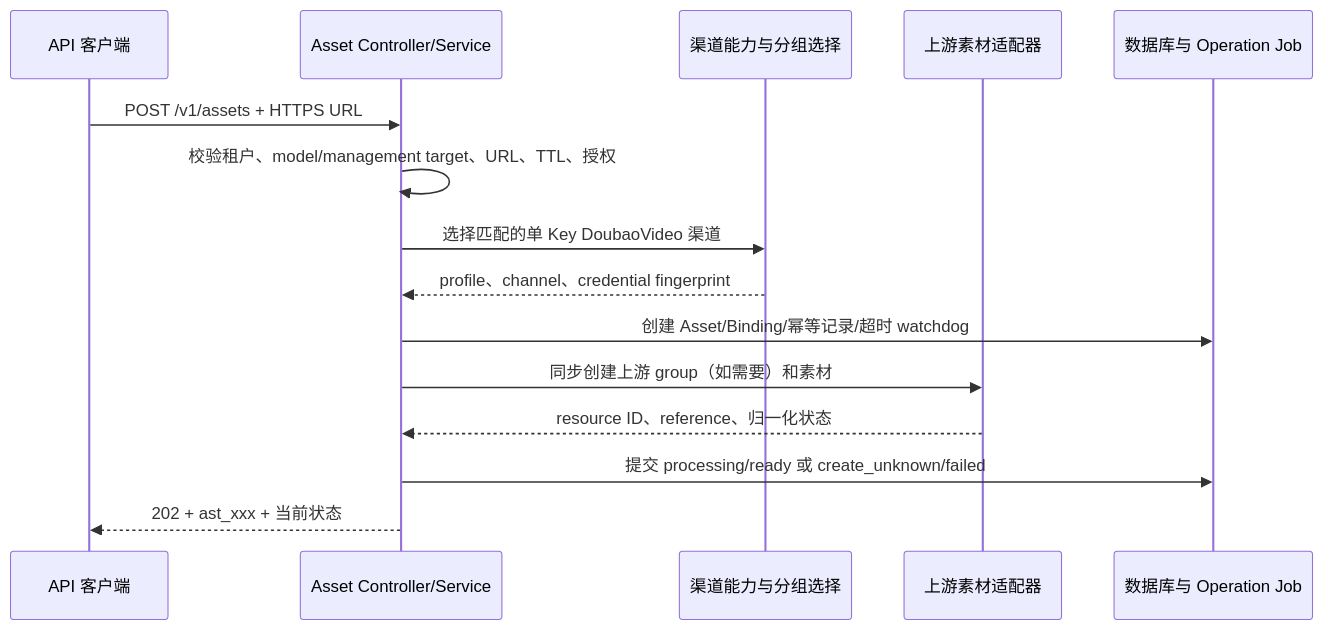
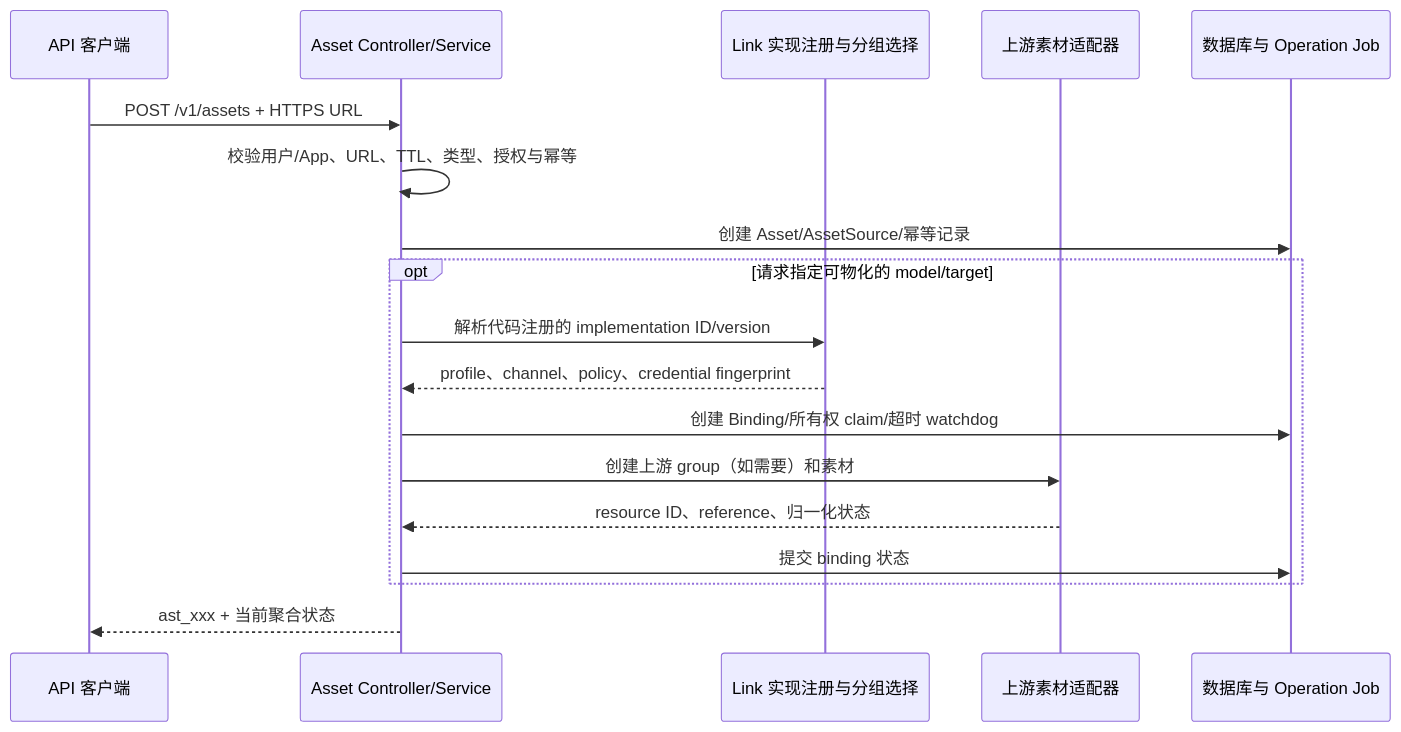
Before and after one commit to wuqiang44444444/new-api: the second of 2 diagrams in docs/20-architecture/素材代理与真人授权架构.md, drawn with Mermaid. The commit also changed other lines of this file and 84 other files, not shown here.

````diff
--- a/docs/20-architecture/素材代理与真人授权架构.md
+++ b/docs/20-architecture/素材代理与真人授权架构.md
@@ -142,18 +148,21 @@
 ```mermaid
 sequenceDiagram
     participant C as API 客户端
     participant A as Asset Controller/Service
-    participant D as 渠道能力与分组选择
+    participant D as Link 实现注册与分组选择
     participant U as 上游素材适配器
     participant DB as 数据库与 Operation Job
 
     C->>A: POST /v1/assets + HTTPS URL
-    A->>A: 校验租户、model/management target、URL、TTL、授权
-    A->>D: 选择匹配的单 Key DoubaoVideo 渠道
-    D-->>A: profile、channel、credential fingerprint
-    A->>DB: 创建 Asset/Binding/幂等记录/超时 watchdog
-    A->>U: 同步创建上游 group（如需要）和素材
-    U-->>A: resource ID、reference、归一化状态
-    A->>DB: 提交 processing/ready 或 create_unknown/failed
-    A-->>C: 202 + ast_xxx + 当前状态
+    A->>A: 校验用户/App、URL、TTL、类型、授权与幂等
+    A->>DB: 创建 Asset/AssetSource/幂等记录
+    opt 请求指定可物化的 model/target
+        A->>D: 解析代码注册的 implementation ID/version
+        D-->>A: profile、channel、policy、credential fingerprint
+        A->>DB: 创建 Binding/所有权 claim/超时 watchdog
+        A->>U: 创建上游 group（如需要）和素材
+        U-->>A: resource ID、reference、归一化状态
+        A->>DB: 提交 binding 状态
+    end
+    A-->>C: ast_xxx + 当前聚合状态
 ```
````
